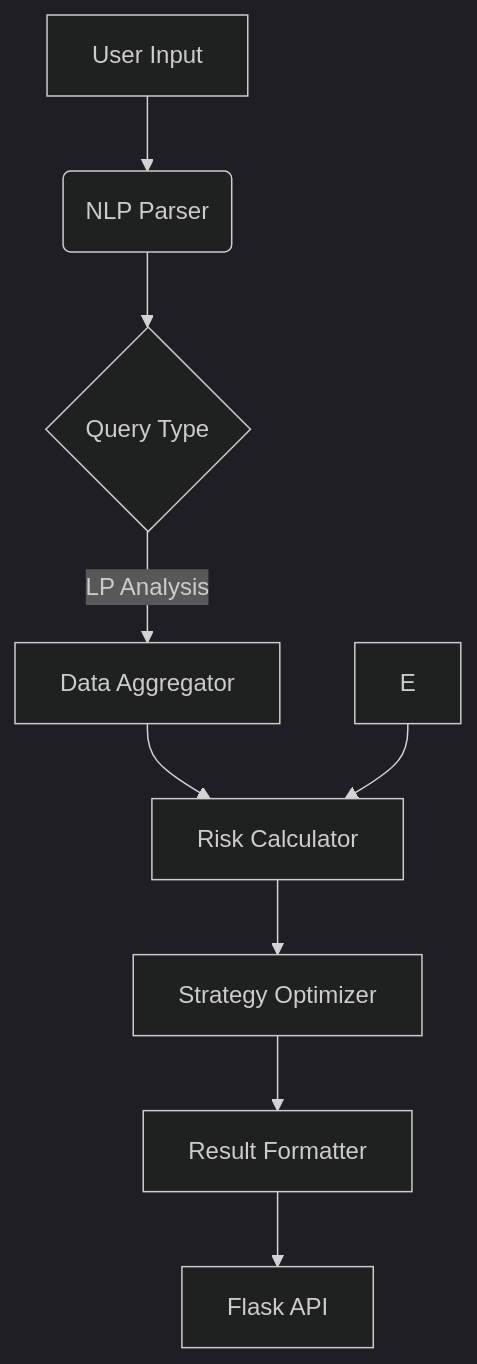
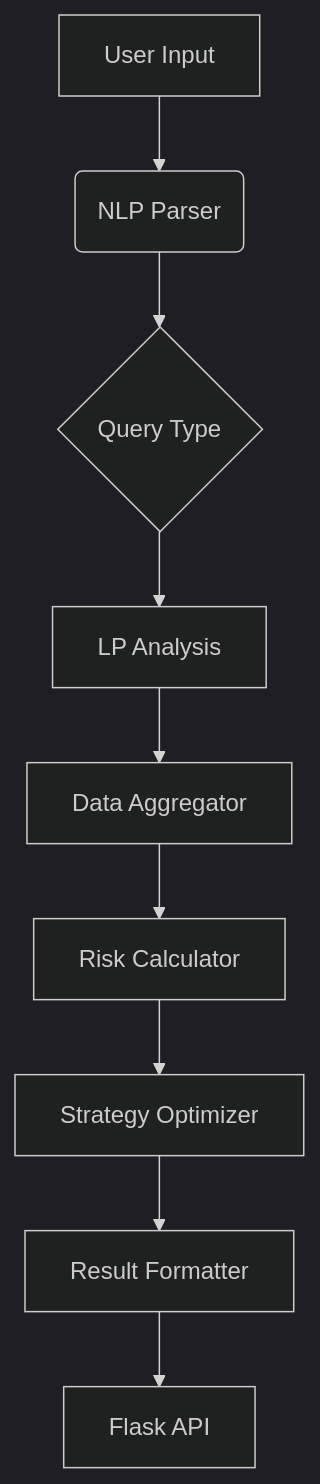
One commit to devsxtra/meowfi_agent_monad changed the diagram in README.md. Above: the diagram before and after it, drawn with Mermaid (dark theme).

````diff
--- a/README.md
+++ b/README.md
@@ -91,11 +91,11 @@
 ```mermaid
 graph TD
     A[User Input] --> B(NLP Parser)
     B --> C{Query Type}
-    C -->|LP Analysis| D[Data Aggregator]
-    D --> F[Risk Calculator]
-    E --> F
+    C -->D[LP Analysis] 
+    D --> E[Data Aggregator]
+    E --> F[Risk Calculator]
     F --> G[Strategy Optimizer]
     G --> H[Result Formatter]
     H --> I[Flask API]
 ```
````
